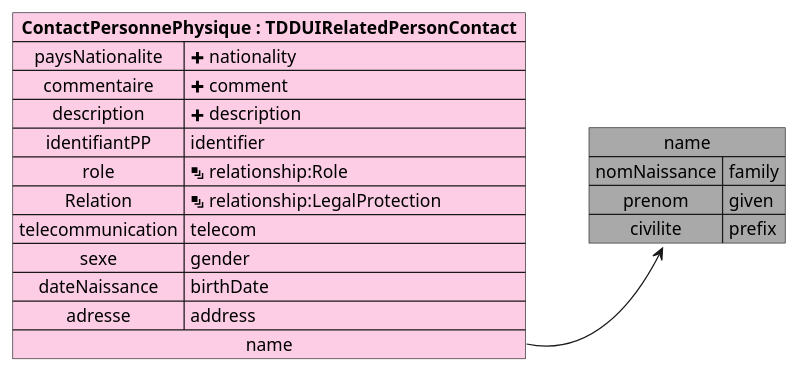
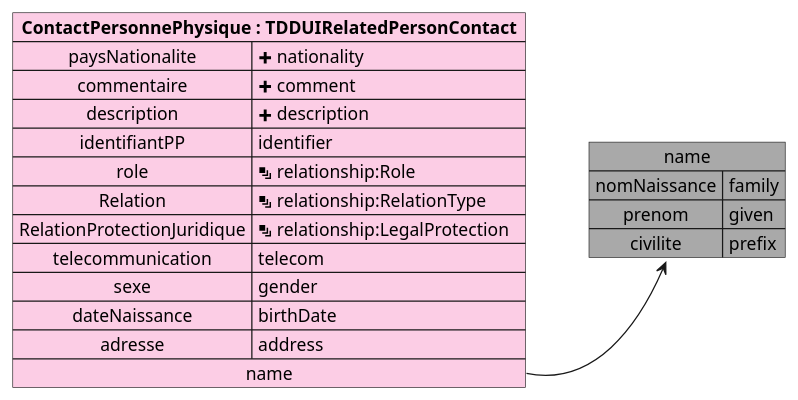
The diagram in input/images-source/mapping_TDDUIRelatedPersonContact.plantuml (ansforge/IG-fhir-medicosocial-transfert-donnees-dui), drawn with PlantUML before and after one commit.

Commit message:
update mapping

```diff
--- a/input/images-source/mapping_TDDUIRelatedPersonContact.plantuml
+++ b/input/images-source/mapping_TDDUIRelatedPersonContact.plantuml
@@ -1,25 +1,25 @@
 @startuml
 
 map "name" as name #DarkGray {
     nomNaissance => family
     prenom => given
     civilite => prefix
 }
 
 map "**ContactPersonnePhysique : TDDUIRelatedPersonContact**" as ContactPersonnePhysique #fccde5 {
     paysNationalite => <&plus> nationality
     commentaire => <&plus> comment
     description => <&plus> description
     identifiantPP => identifier
     role => <&layers> relationship:Role
     Relation => <&layers> relationship:RelationType
-    Relation => <&layers> relationship:LegalProtection
+    RelationProtectionJuridique => <&layers> relationship:LegalProtection
     telecommunication => telecom
     sexe => gender
     dateNaissance => birthDate
     adresse => address
     name *-> name
 }
 
 
 @enduml
```
